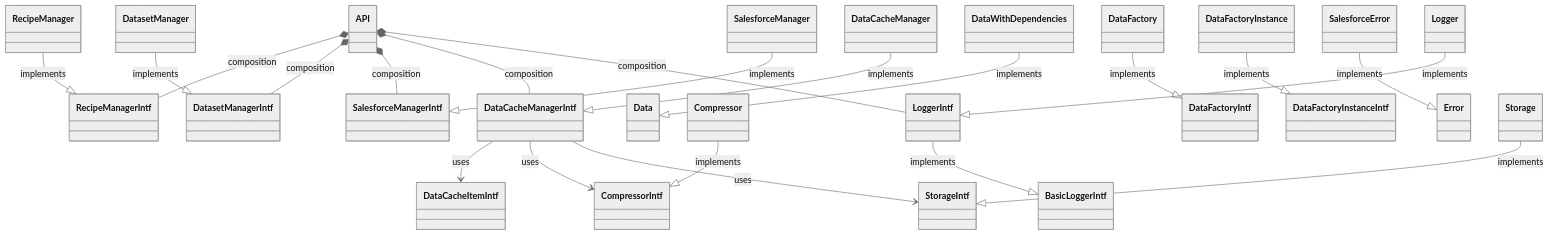
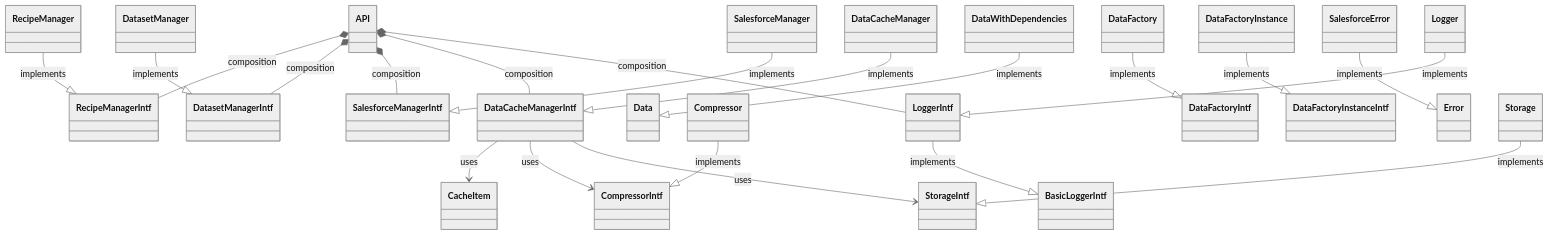
One commit to SalesforceLabs/OrgCheck changed the first of 3 diagrams in docs/index8.classdiagram.md. Above: the diagram before and after it, drawn with Mermaid (neutral theme). The commit also changed other lines of this file and 28 other files, not shown here.

````diff
--- a/docs/index8.classdiagram.md
+++ b/docs/index8.classdiagram.md
@@ -12,23 +12,23 @@
 ```mermaid
 classDiagram
 API *-- RecipeManagerIntf : composition
 API *-- DatasetManagerIntf : composition
 API *-- SalesforceManagerIntf : composition
 API *-- DataCacheManagerIntf : composition
 API *-- LoggerIntf : composition
 DataCacheManager --|> DataCacheManagerIntf : implements
-DataCacheManagerIntf --> DataCacheItemIntf : uses
+DataCacheManagerIntf --> CacheItem : uses
 Compressor --|> CompressorIntf : implements
 DataCacheManagerIntf --> CompressorIntf : uses
 DataCacheManagerIntf --> StorageIntf : uses
 DataWithDependencies --|> Data : implements
 DataFactory --|> DataFactoryIntf : implements
 DataFactoryInstance --|> DataFactoryInstanceIntf : implements
 DatasetManager --|> DatasetManagerIntf : implements
 Logger --|> LoggerIntf : implements
 LoggerIntf --|> BasicLoggerIntf : implements
 RecipeManager --|> RecipeManagerIntf : implements
 SalesforceManager --|> SalesforceManagerIntf : implements
 SalesforceError --|> Error : implements
 Storage --|> StorageIntf : implements
 ```
````
